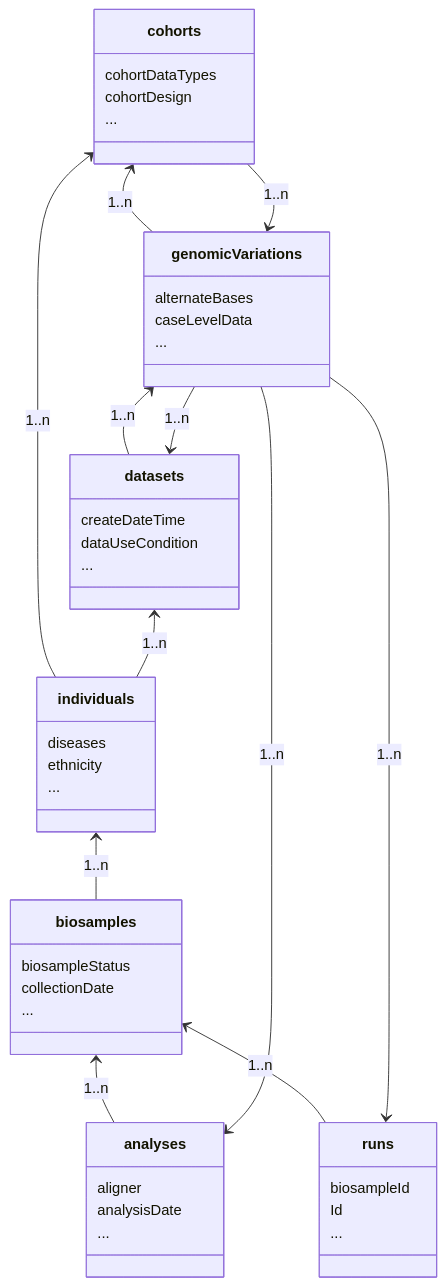
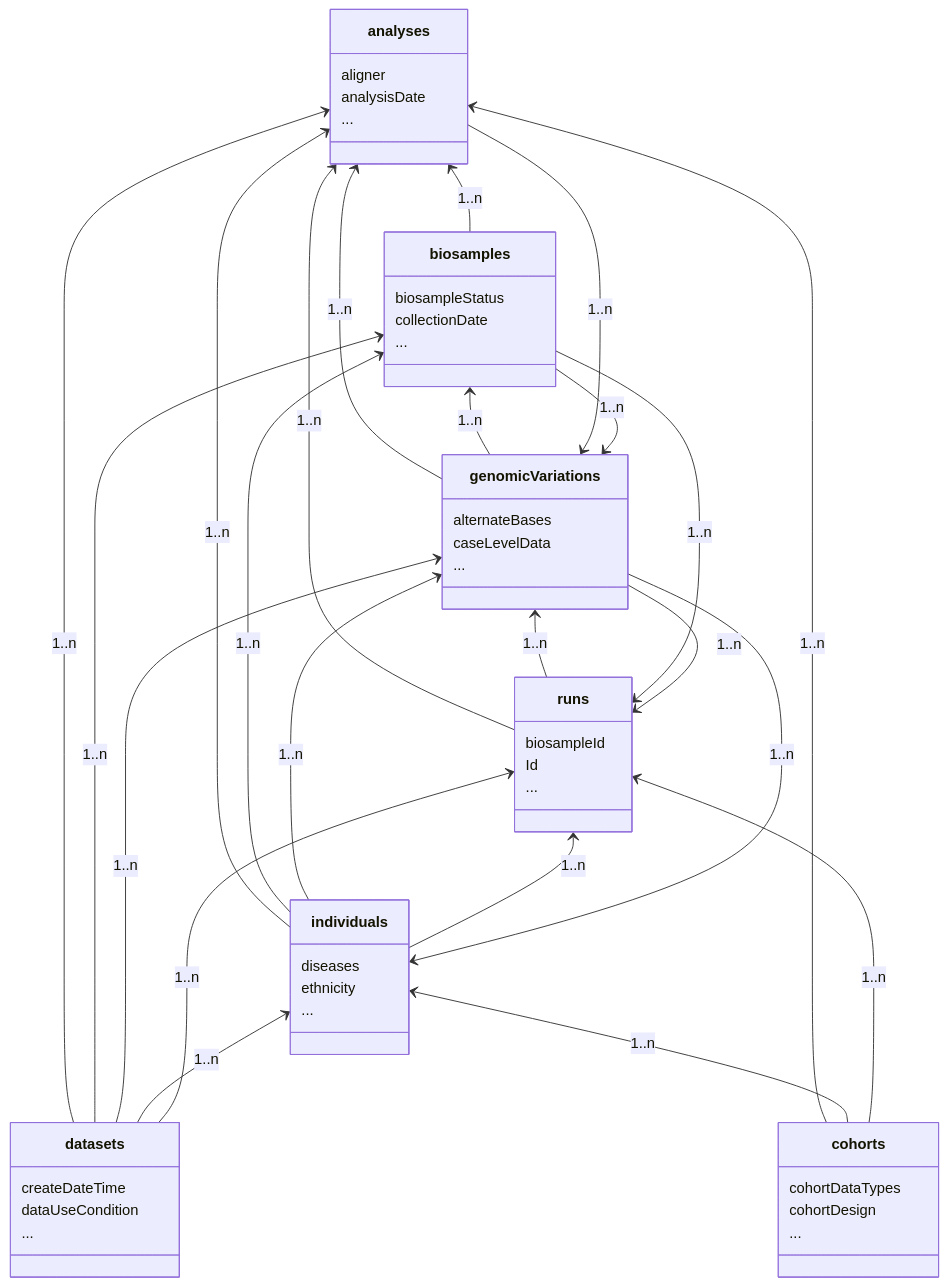
The diagram in docs/models.md (ga4gh-beacon/beacon-v2), drawn with Mermaid before and after one commit. The commit also changed 2 other files, not shown here.

Commit message:
changes to mermaid2 diagram in models.md

````diff
--- a/docs/models.md
+++ b/docs/models.md
@@ -26,51 +26,62 @@
 ``` mermaid
 classDiagram
 
-    cohorts <-- genomicVariations : 1..n
-    datasets <-- genomicVariations : 1..n
-    cohorts <-- individuals : 1..n
-    datasets <-- individuals : 1..n
-    individuals <-- biosamples : 1..n
-    biosamples <-- analyses : 1..n
-    biosamples <-- runs : 1..n
+    analyses <-- biosamples : 1..n
+    analyses <-- cohorts : 1..n
+    analyses <-- datasets : 1..n
+    analyses <-- genomicVariations : 1..n
+    analyses <-- individuals : 1..n
+    analyses <-- runs : 1..n
+    biosamples <-- datasets : 1..n
+    biosamples <-- genomicVariations : 1..n
+    biosamples <-- individuals : 1..n
+    genomicVariations <-- analyses : 1..n
+    genomicVariations <-- biosamples : 1..n
+    genomicVariations <-- datasets : 1..n
+    genomicVariations <-- individuals : 1..n
+    genomicVariations <-- runs : 1..n
+    individuals <-- cohorts : 1..n
+    individuals <-- datasets : 1..n
+    individuals <-- genomicVariations : 1..n
+    runs <-- biosamples : 1..n
+    runs <-- cohorts : 1..n
+    runs <-- datasets : 1..n
     runs <-- genomicVariations : 1..n
-    analyses <-- genomicVariations : 1..n
-    genomicVariations <-- datasets : 1..n
-    genomicVariations <-- cohorts : 1..n
+    runs <-- individuals : 1..n
 
     class biosamples{
         biosampleStatus
         collectionDate
         ...
     }
     class individuals{
         diseases
         ethnicity
         ...
     }
     class datasets{
         createDateTime
         dataUseCondition
         ...
     }
     class runs{
         biosampleId
         Id
         ...
         }
     class genomicVariations{
         alternateBases
         caseLevelData
         ...
     }
     class analyses{
         aligner
         analysisDate
         ...
     }
    class cohorts{
         cohortDataTypes
         cohortDesign
         ...
     }
 ```
````
